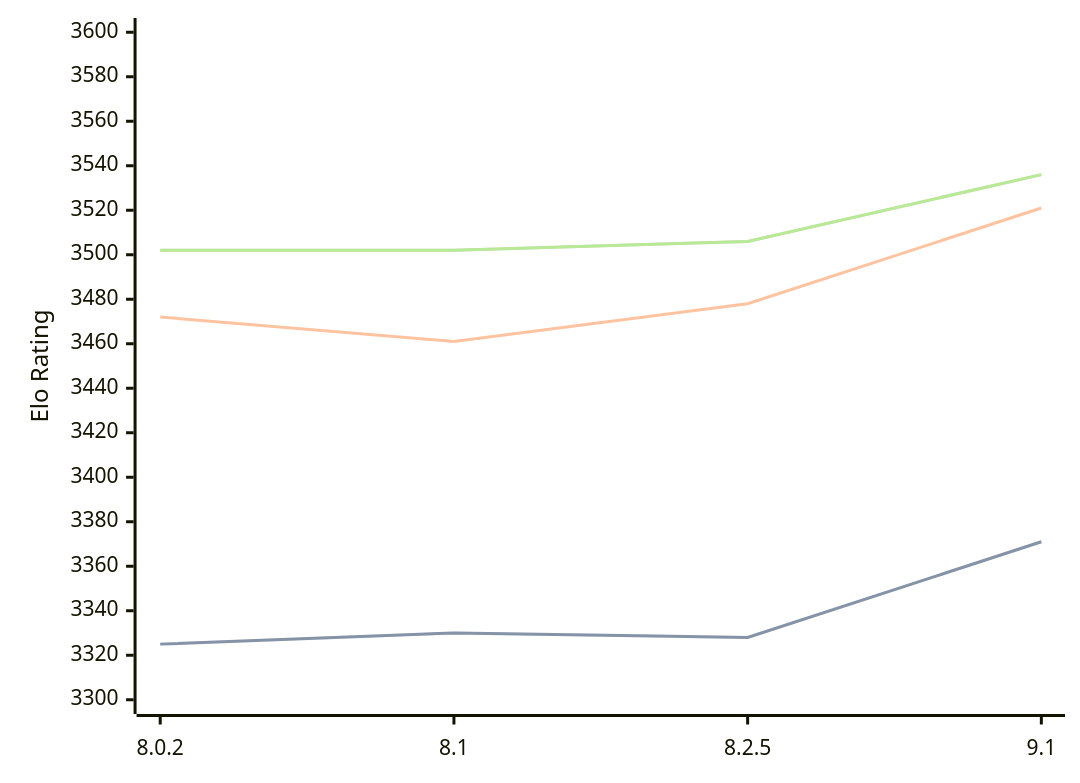
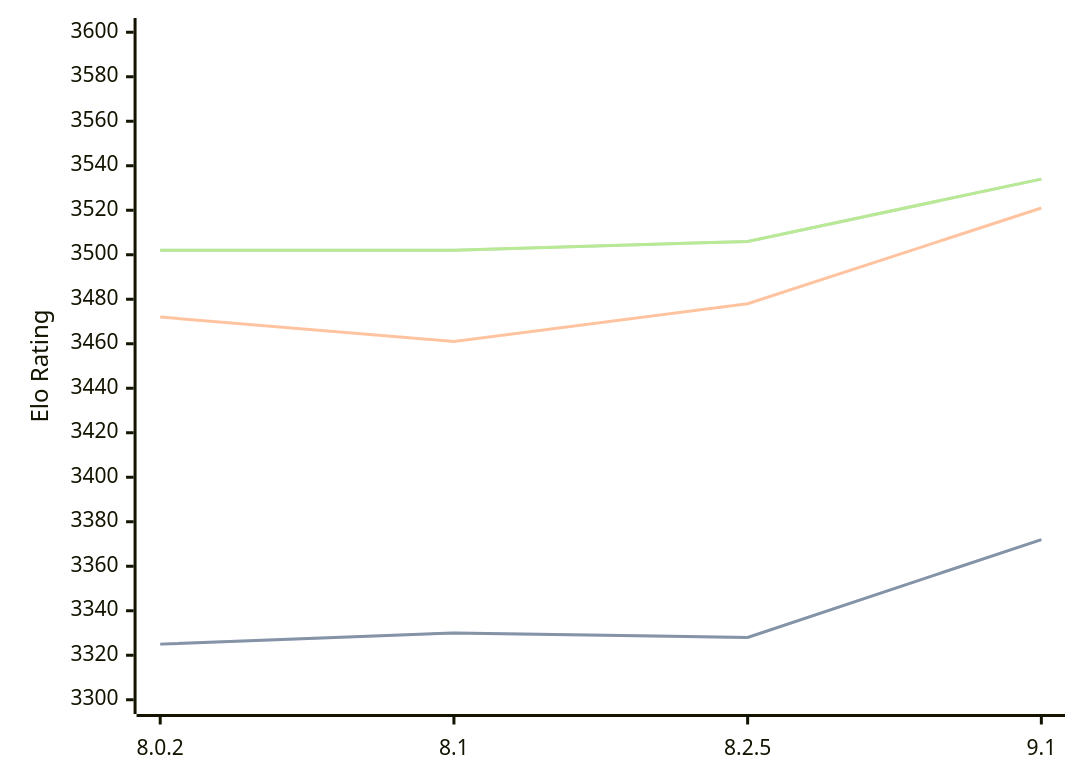
The third of 3 diagrams in engines/Clover.md (computer-chess-index/cci), drawn with Mermaid before and after one commit. The commit also changed other lines of this file, not shown here.

Commit message:
Update CCI Ratings (ELO VLTC) - 2026-07-07

````diff
--- a/engines/Clover.md
+++ b/engines/Clover.md
@@ -97,11 +97,11 @@
 ```mermaid
 %%{init: {"theme":"base","themeVariables":{"seriesColors:['#a3a3a3','#222221','#faa371']}}}%%
 xychart-beta
   x-axis ["8.0.2", "8.1", "8.2.5", "9.1"]
   y-axis "Elo Rating" 3300 --> 3600
-  line "STC (8.0+0.08s)" [3325, 3330, 3328, 3371]
-  line "STC (8.0+0.08s)" [3325, 3330, 3328, 3371]
+  line "STC (8.0+0.08s)" [3325, 3330, 3328, 3372]
+  line "STC (8.0+0.08s)" [3325, 3330, 3328, 3372]
   line "LTC (60.0+0.60s)" [3472, 3461, 3478, 3521]
-  line "VLTC (2m24s+1.12s)" [3502, 3502, 3506, 3536]
-  line "VLTC (2m24s+1.12s)" [3502, 3502, 3506, 3536]
+  line "VLTC (2m24s+1.12s)" [3502, 3502, 3506, 3534]
+  line "VLTC (2m24s+1.12s)" [3502, 3502, 3506, 3534]
 ```
````
